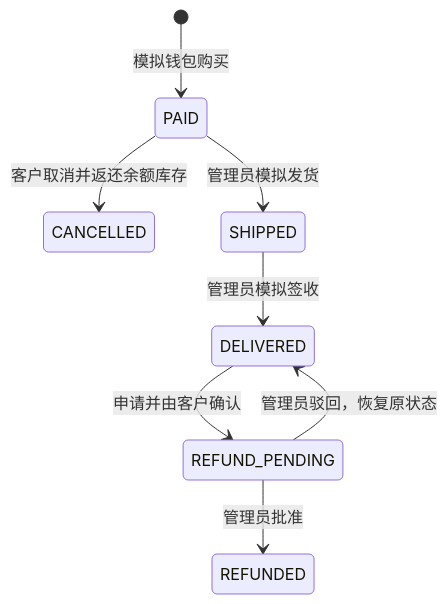
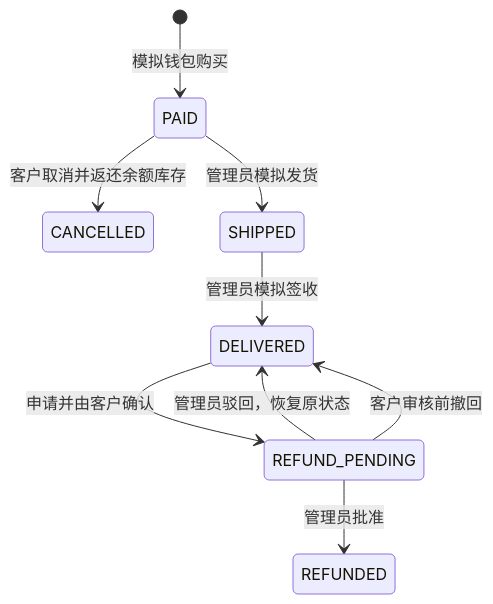
The diagram in docs/02-产品与业务规则.md (3911425/smartserve), drawn with Mermaid before and after one commit. The commit also changed other lines of this file and 56 other files, not shown here.

````diff
--- a/docs/02-产品与业务规则.md
+++ b/docs/02-产品与业务规则.md
@@ -33,10 +33,11 @@
 ```mermaid
 stateDiagram-v2
   [*] --> PAID: 模拟钱包购买
   PAID --> CANCELLED: 客户取消并返还余额库存
   PAID --> SHIPPED: 管理员模拟发货
   SHIPPED --> DELIVERED: 管理员模拟签收
   DELIVERED --> REFUND_PENDING: 申请并由客户确认
   REFUND_PENDING --> REFUNDED: 管理员批准
   REFUND_PENDING --> DELIVERED: 管理员驳回，恢复原状态
+  REFUND_PENDING --> DELIVERED: 客户审核前撤回
 ```
````
